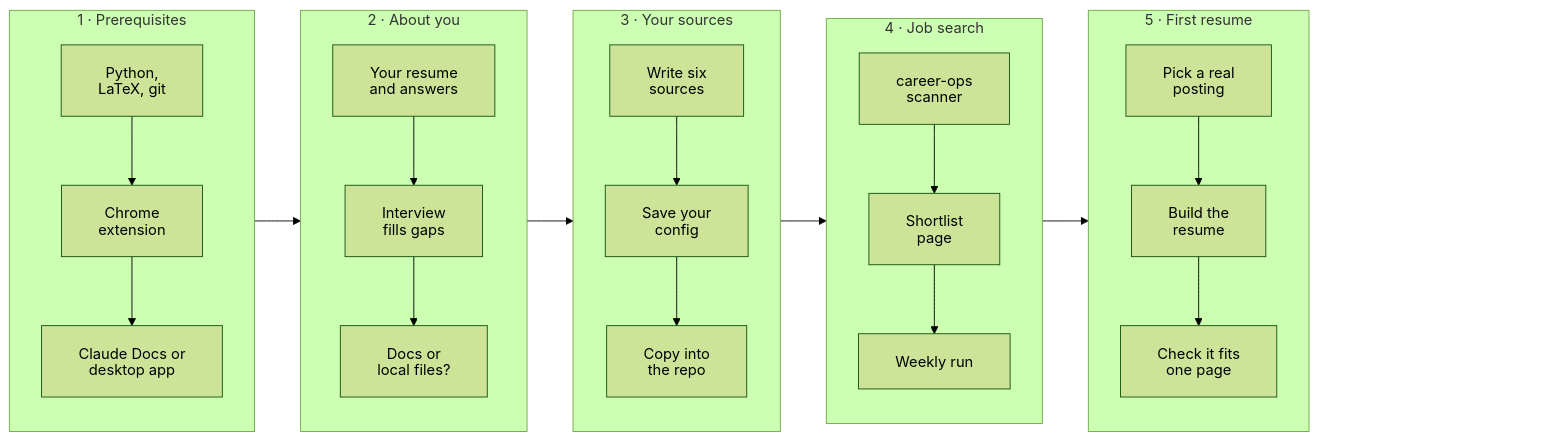
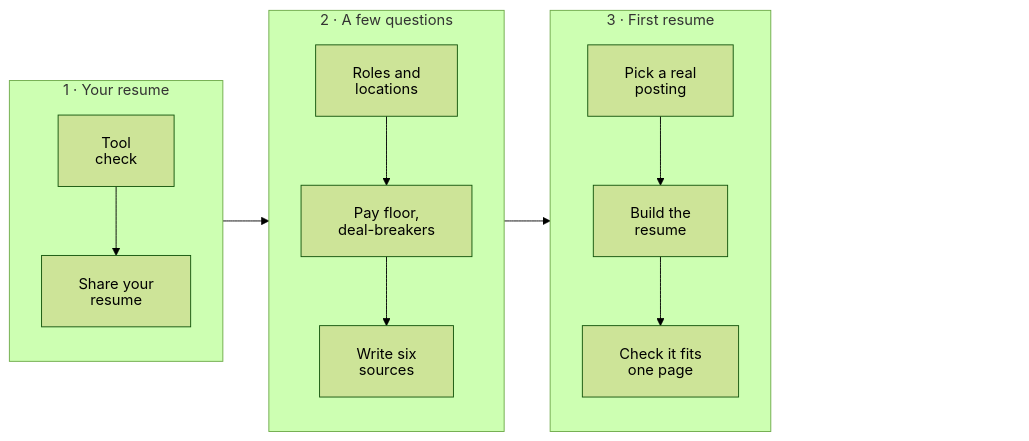
One commit to alymo8/jobapps changed the third of 3 diagrams in README.md. Above: the diagram before and after it, drawn with Mermaid (forest theme). The commit also changed other lines of this file and 26 other files, not shown here.

First line of the commit message:
Simplified onboarding; job search as its own skills: design (#31)

````diff
--- a/README.md
+++ b/README.md
@@ -79,27 +79,19 @@
 ```mermaid
 %%{init: {"htmlLabels": false, "flowchart": {"htmlLabels": false, "padding": 20}}}%%
 flowchart LR
-    subgraph S1["1 · Prerequisites"]
+    subgraph S1["1 · Your resume"]
         direction TB
-        S10["Python,<br/>LaTeX, git"] --> S11["Chrome<br/>extension"] --> S12["Claude Docs or<br/>desktop app"]
+        S10["Tool<br/>check"] --> S11["Share your<br/>resume"]
     end
-    subgraph S2["2 · About you"]
+    subgraph S2["2 · A few questions"]
         direction TB
-        S20["Your resume<br/>and answers"] --> S21["Interview<br/>fills gaps"] --> S22["Docs or<br/>local files?"]
+        S20["Roles and<br/>locations"] --> S21["Pay floor,<br/>deal-breakers"] --> S22["Write six<br/>sources"]
     end
-    subgraph S3["3 · Your sources"]
+    subgraph S3["3 · First resume"]
         direction TB
-        S30["Write six<br/>sources"] --> S31["Save your<br/>config"] --> S32["Copy into<br/>the repo"]
+        S30["Pick a real<br/>posting"] --> S31["Build the<br/>resume"] --> S32["Check it fits<br/>one page"]
     end
-    subgraph S4["4 · Job search"]
-        direction TB
-        S40["career-ops<br/>scanner"] --> S41["Shortlist<br/>page"] --> S42["Weekly run"]
-    end
-    subgraph S5["5 · First resume"]
-        direction TB
-        S50["Pick a real<br/>posting"] --> S51["Build the<br/>resume"] --> S52["Check it fits<br/>one page"]
-    end
-    S1 --> S2 --> S3 --> S4 --> S5
-    S5 ~~~ PAD["room for the zoom buttons"]
+    S1 --> S2 --> S3
+    S3 ~~~ PAD["room for the zoom buttons"]
     style PAD fill:none,stroke:none,color:transparent
 ```
````
